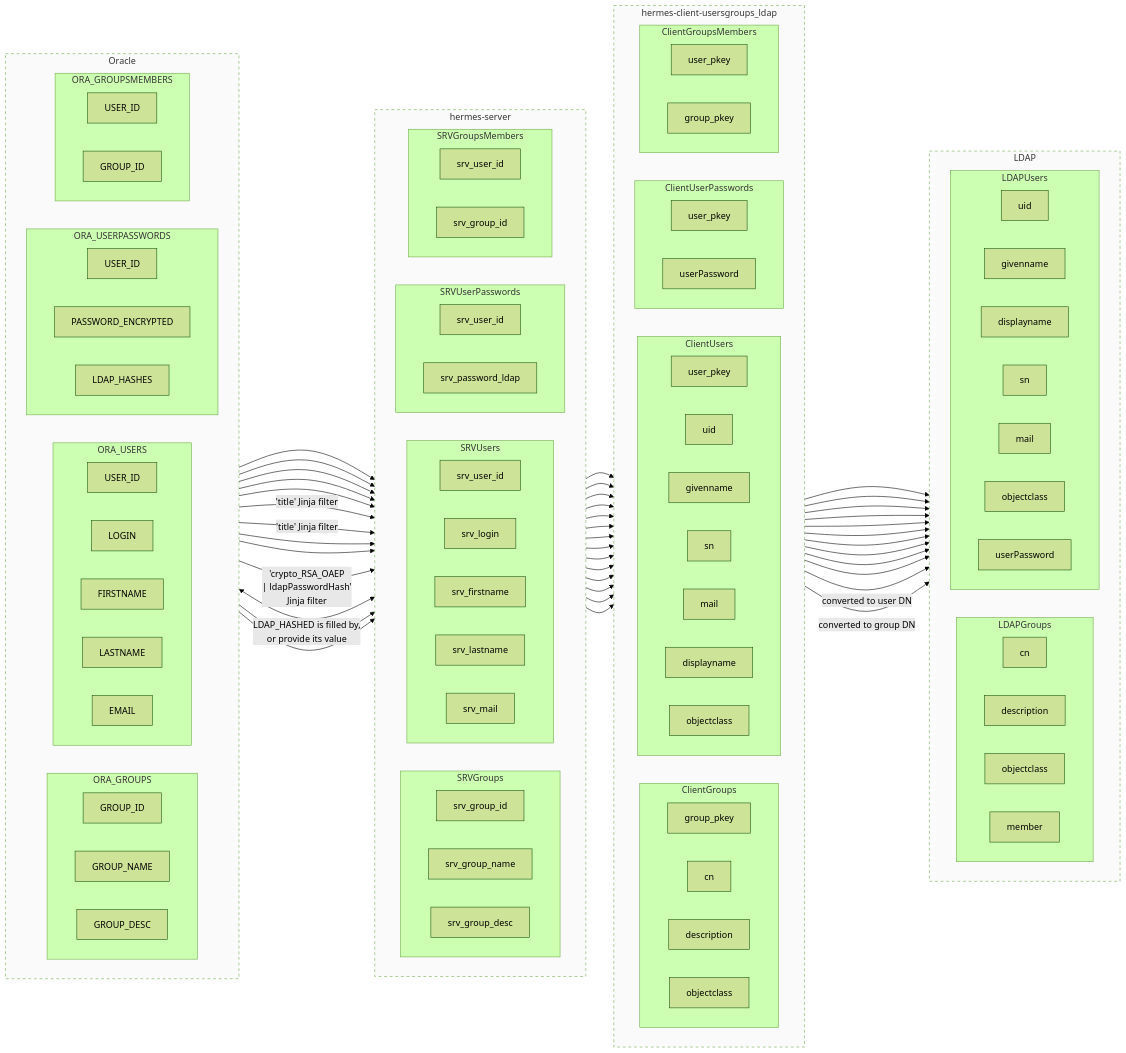
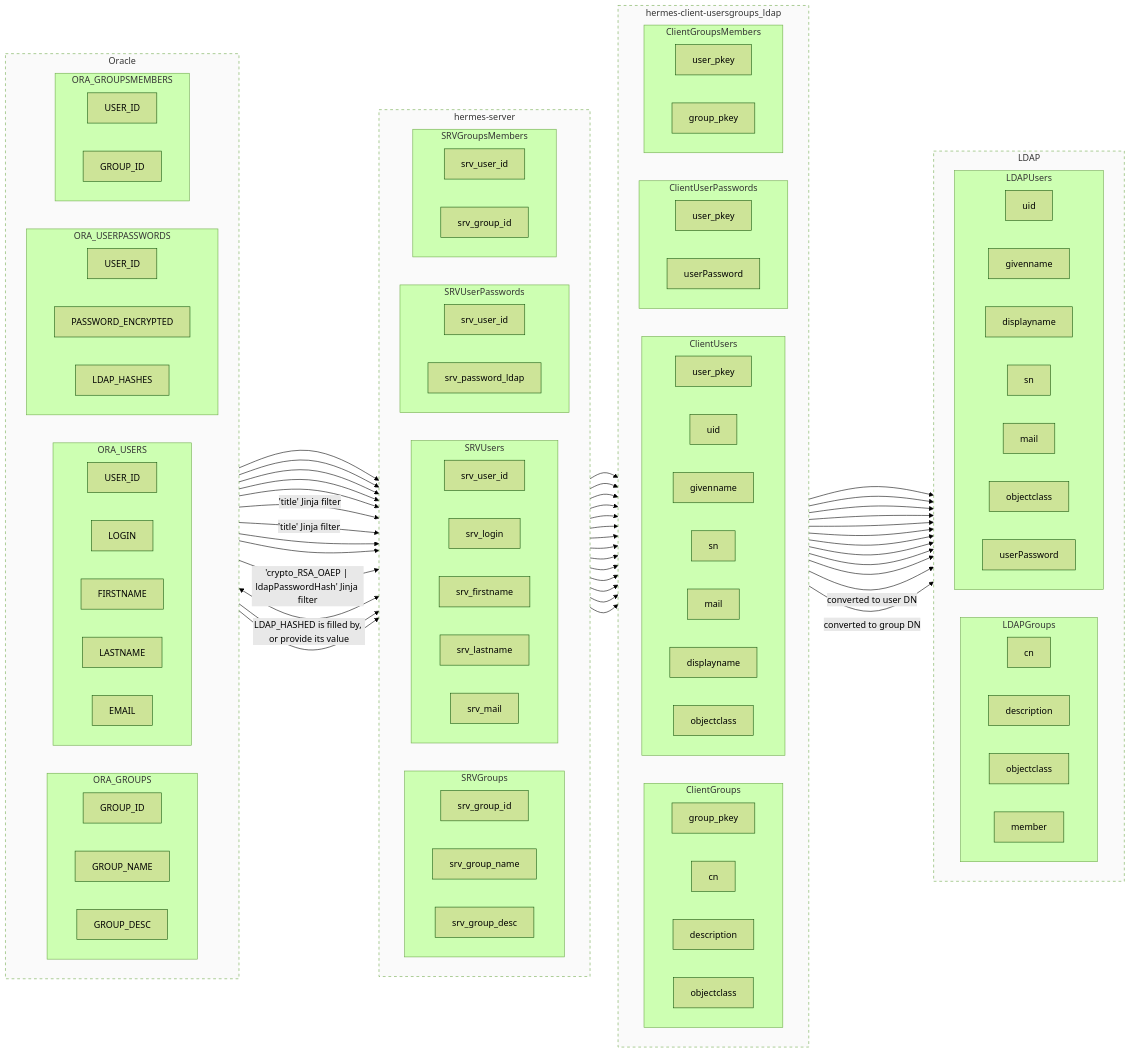
One commit to DSIN-INSA-Strasbourg/Hermes-doc changed the second of 2 diagrams in content/examples/single-datasource.md. Above: the diagram before and after it, drawn with Mermaid (forest theme). The commit also changed other lines of this file and 16 other files, not shown here.

```diff
--- a/content/examples/single-datasource.md
+++ b/content/examples/single-datasource.md
@@ -690,8 +690,8 @@
     SRVUserPasswords_srv_password_ldap["srv_password_ldap"]
   end
   ORA_USERPASSWORDS_USER_ID --> SRVUserPasswords_srv_user_id
-  ORA_USERPASSWORDS_PASSWORD_ENCRYPTED -->|"'crypto_RSA_OAEP<br /> | ldapPasswordHash'<br />Jinja filter"| SRVUserPasswords_srv_password_ldap
-  ORA_USERPASSWORDS_LDAP_HASHES <-->|LDAP_HASHED is filled by,<br /> or provide its value| SRVUserPasswords_srv_password_ldap
+  ORA_USERPASSWORDS_PASSWORD_ENCRYPTED -->|"'crypto_RSA_OAEP | ldapPasswordHash' Jinja filter"| SRVUserPasswords_srv_password_ldap
+  ORA_USERPASSWORDS_LDAP_HASHES <-->|LDAP_HASHED is filled by, or provide its value| SRVUserPasswords_srv_password_ldap
 
   subgraph SRVGroupsMembers
     direction LR
```
